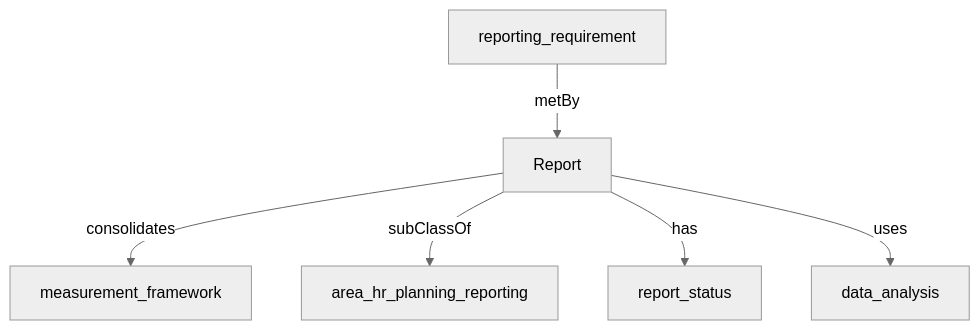
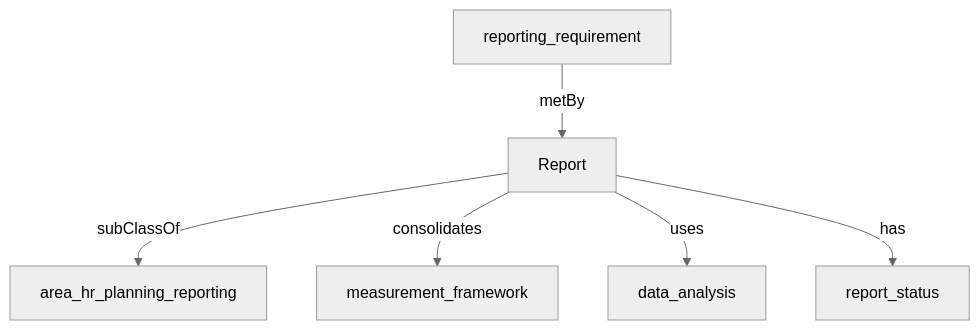
Before and after one commit to heidingaway/heidi2: the diagram in content/hr_data_model/report.md, drawn with Mermaid (neutral theme). The commit also changed other lines of this file and 350 other files, not shown here.

````diff
--- a/content/hr_data_model/report.md
+++ b/content/hr_data_model/report.md
@@ -25,14 +26,14 @@
 ```mermaid
 graph TD
   Report["Report"]:::current-page-node
   area_hr_planning_reporting["area_hr_planning_reporting"]
   measurement_framework["measurement_framework"]
   report_status["report_status"]
   data_analysis["data_analysis"]
   reporting_requirement["reporting_requirement"]
+  reporting_requirement-->|" metBy "|Report
+  Report-->|" subClassOf "|area_hr_planning_reporting
   Report-->|" consolidates "|measurement_framework
-  Report-->|" subClassOf "|area_hr_planning_reporting
-  reporting_requirement-->|" metBy "|Report
+  Report-->|" uses "|data_analysis
   Report-->|" has "|report_status
-  Report-->|" uses "|data_analysis
 ```
````
